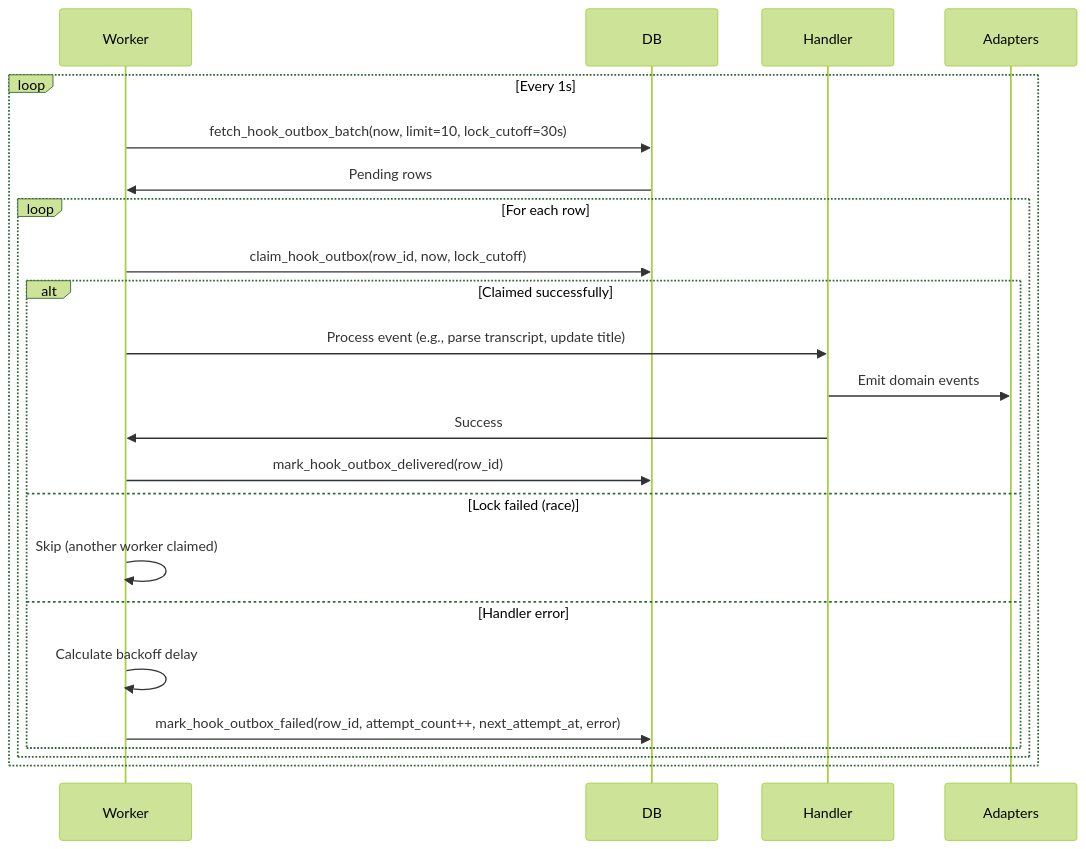
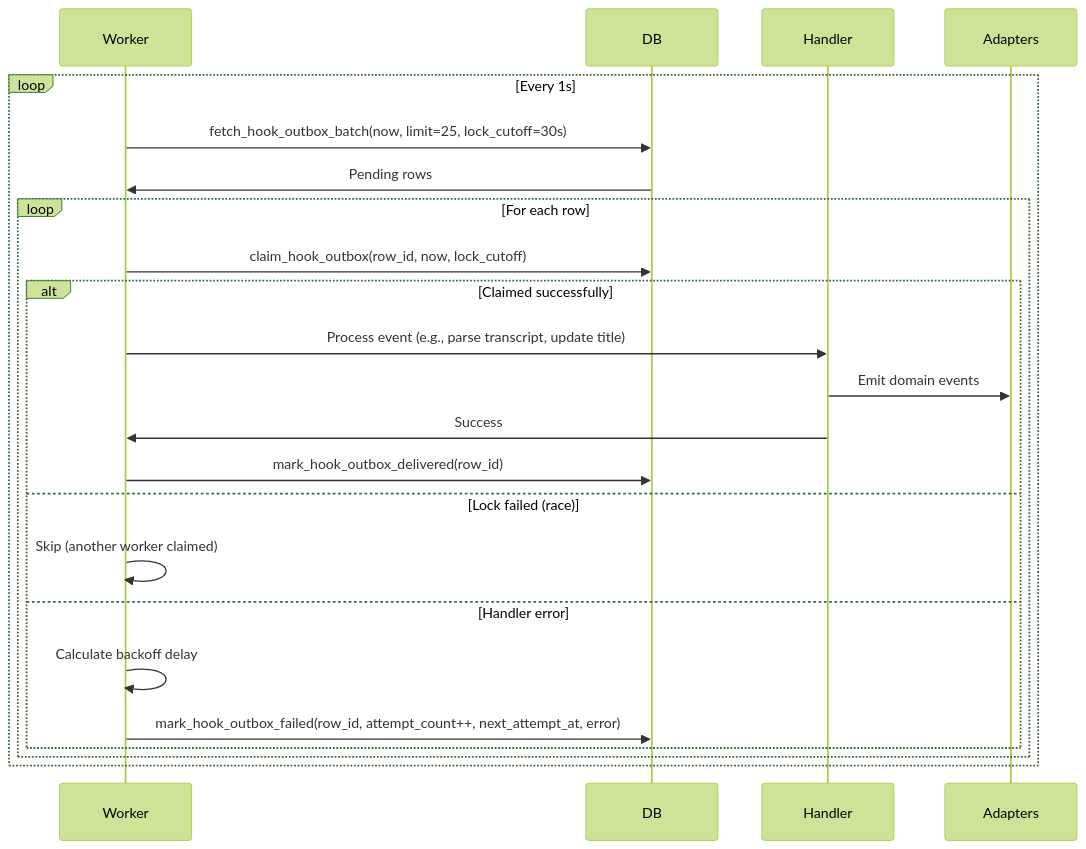
The third of 3 diagrams in docs/project/design/architecture/outbox.md (InstruktAI/TeleClaude), drawn with Mermaid (forest theme) before and after one commit. The commit also changed other lines of this file and 5 other files, not shown here.

Commit message:
docs: realign mcp and hook architecture with runtime behavior

````diff
--- a/docs/project/design/architecture/outbox.md
+++ b/docs/project/design/architecture/outbox.md
@@ -87,26 +85,26 @@
 ```mermaid
 sequenceDiagram
     participant Worker
     participant DB
     participant Handler
     participant Adapters
 
     loop Every 1s
-        Worker->>DB: fetch_hook_outbox_batch(now, limit=10, lock_cutoff=30s)
+        Worker->>DB: fetch_hook_outbox_batch(now, limit=25, lock_cutoff=30s)
         DB->>Worker: Pending rows
         loop For each row
             Worker->>DB: claim_hook_outbox(row_id, now, lock_cutoff)
             alt Claimed successfully
                 Worker->>Handler: Process event (e.g., parse transcript, update title)
                 Handler->>Adapters: Emit domain events
                 Handler->>Worker: Success
                 Worker->>DB: mark_hook_outbox_delivered(row_id)
             else Lock failed (race)
                 Worker->>Worker: Skip (another worker claimed)
             else Handler error
                 Worker->>Worker: Calculate backoff delay
                 Worker->>DB: mark_hook_outbox_failed(row_id, attempt_count++, next_attempt_at, error)
             end
         end
     end
 ```
````
